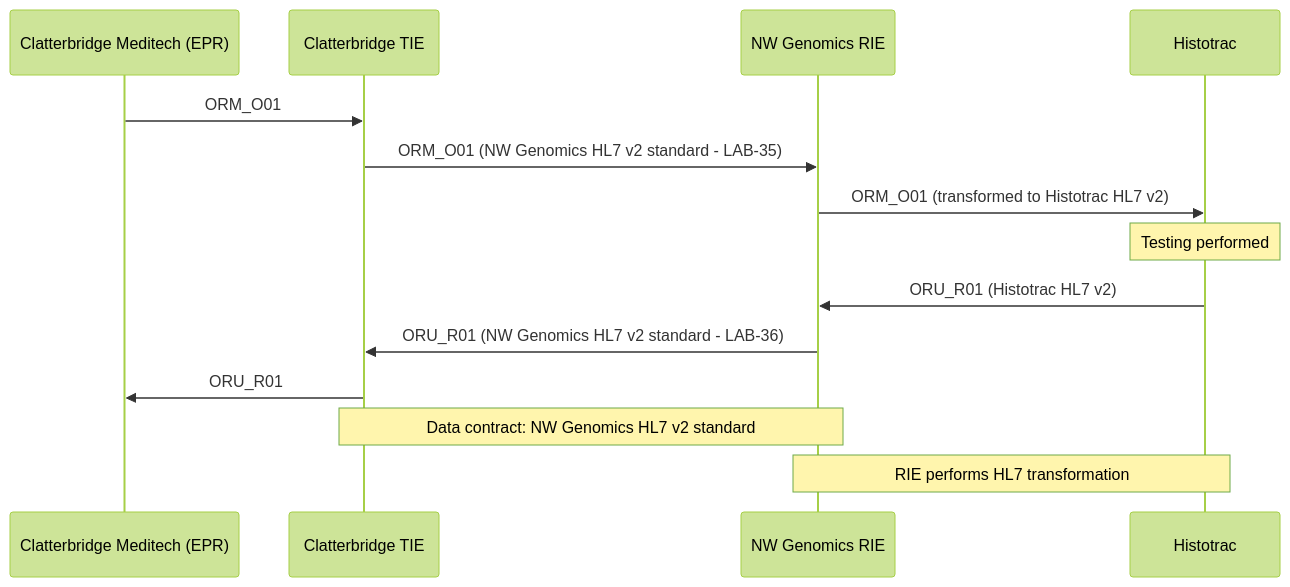
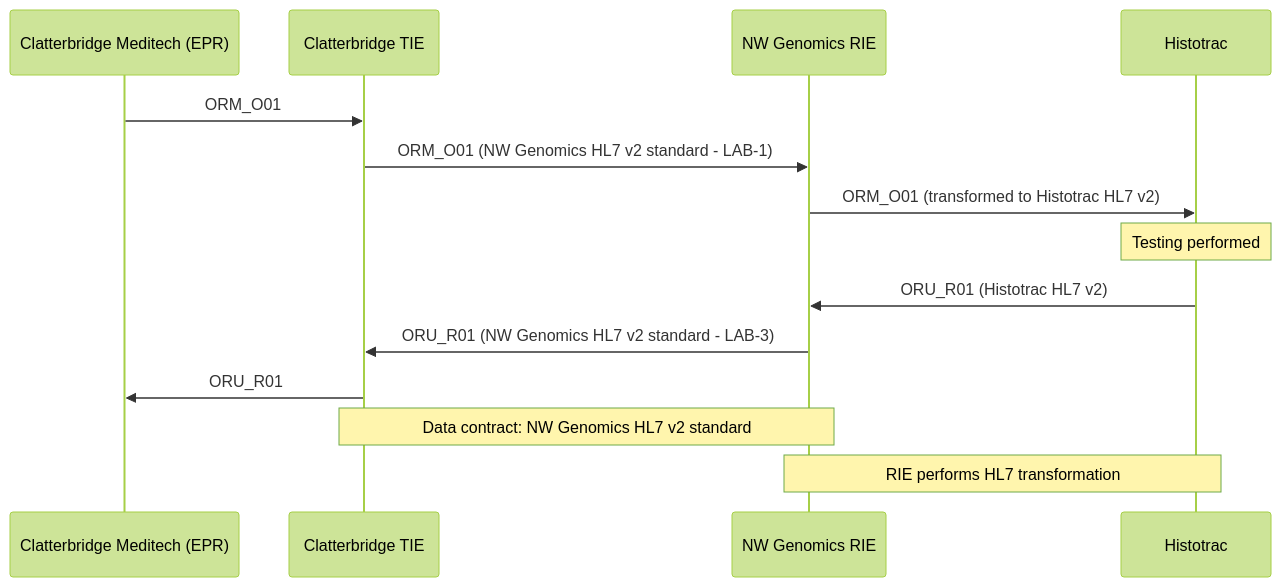
Before and after one commit to nw-gmsa/nw-gmsa.github.com: the fourth of 4 diagrams in input/pagecontent/HistocompatibilityAndImmunogenetics.md, drawn with Mermaid (forest theme). The commit also changed other lines of this file, not shown here.

````diff
--- a/input/pagecontent/HistocompatibilityAndImmunogenetics.md
+++ b/input/pagecontent/HistocompatibilityAndImmunogenetics.md
@@ -86,18 +86,18 @@
 ```mermaid
 sequenceDiagram
     participant CM as Clatterbridge Meditech (EPR)
     participant CTIE as Clatterbridge TIE
     participant RIE as NW Genomics RIE
     participant Histotrac as Histotrac
 
     CM->>CTIE: ORM_O01
-    CTIE->>RIE: ORM_O01 (NW Genomics HL7 v2 standard - LAB-35)
+    CTIE->>RIE: ORM_O01 (NW Genomics HL7 v2 standard - LAB-1)
     RIE->>Histotrac: ORM_O01 (transformed to Histotrac HL7 v2)
     Note over Histotrac: Testing performed
     Histotrac->>RIE: ORU_R01 (Histotrac HL7 v2)
-    RIE->>CTIE: ORU_R01 (NW Genomics HL7 v2 standard - LAB-36)
+    RIE->>CTIE: ORU_R01 (NW Genomics HL7 v2 standard - LAB-3)
     CTIE->>CM: ORU_R01
 
     Note over CTIE,RIE: Data contract: NW Genomics HL7 v2 standard
     Note over RIE,Histotrac: RIE performs HL7 transformation
 ```
````
